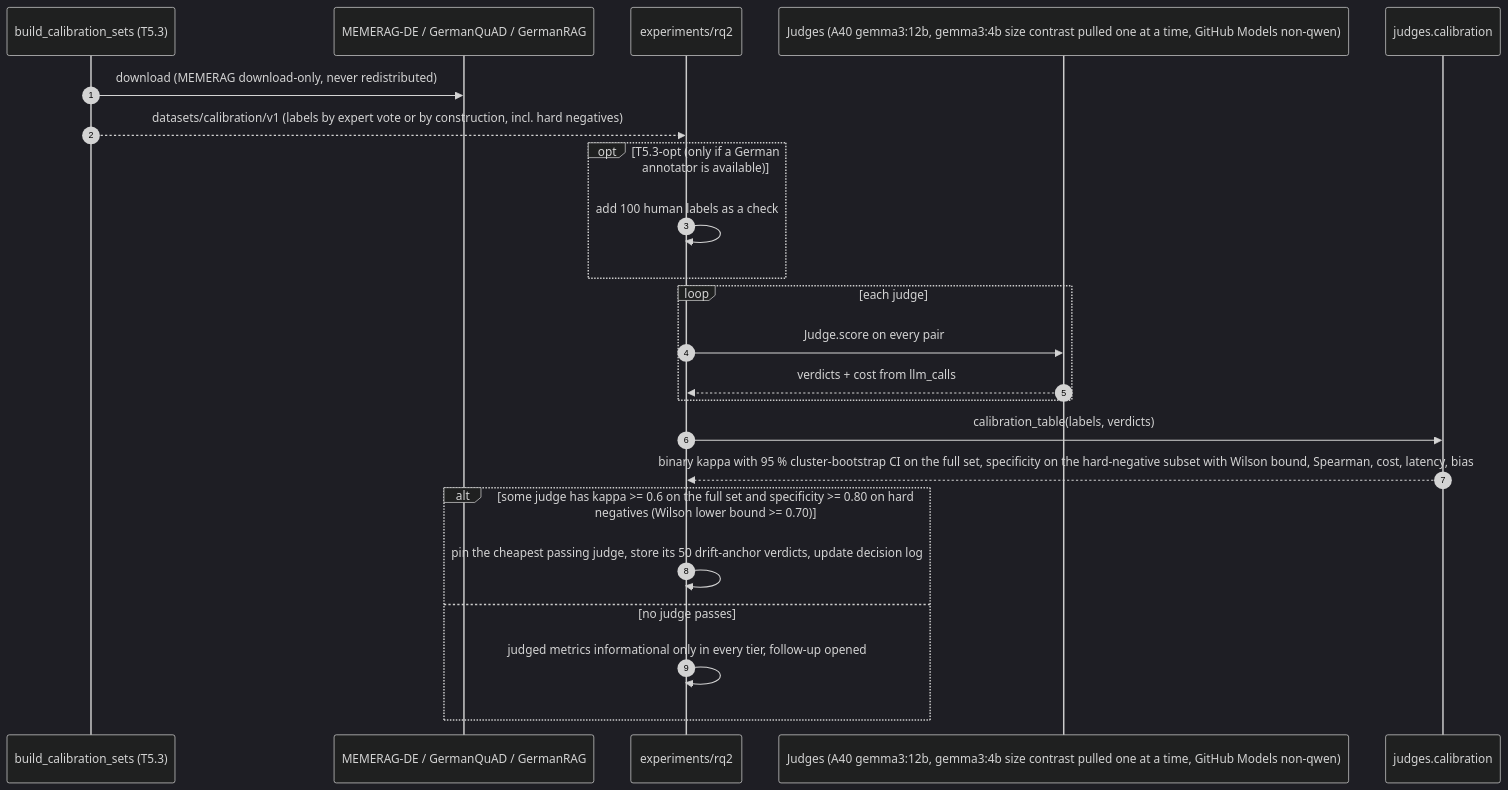
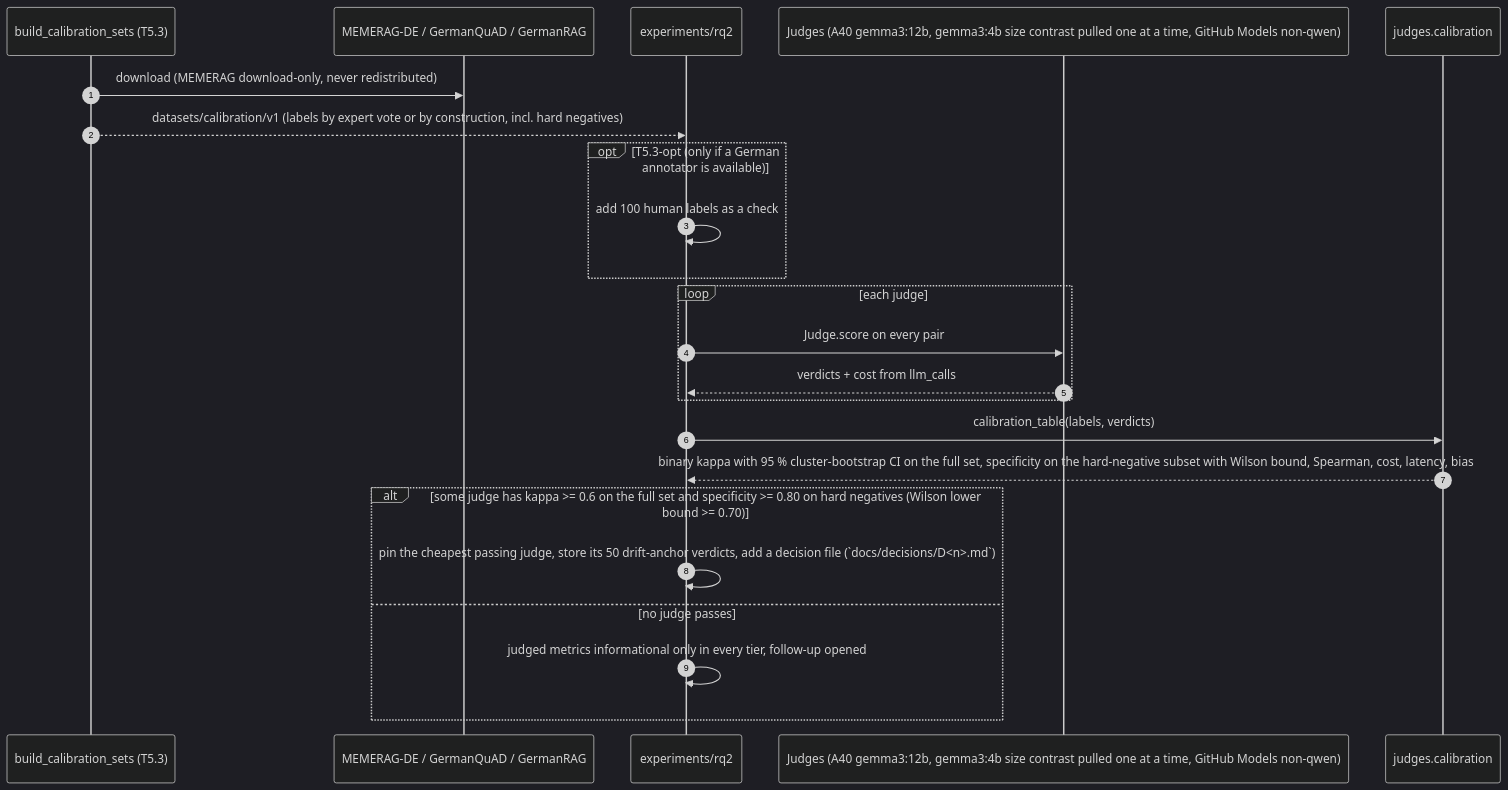
Before and after one commit to dheena18/pruefstand: the seventh of 12 diagrams in docs/architecture/sequences.md, drawn with Mermaid (dark theme). The commit also changed other lines of this file and 12 other files, not shown here.

````diff
--- a/docs/architecture/sequences.md
+++ b/docs/architecture/sequences.md
@@ -358,26 +358,26 @@
 ```mermaid
 sequenceDiagram
     autonumber
     participant BCS as build_calibration_sets (T5.3)
     participant Src as MEMERAG-DE / GermanQuAD / GermanRAG
     participant Exp as experiments/rq2
     participant J as Judges (A40 gemma3:12b, gemma3:4b size contrast pulled one at a time, GitHub Models non-qwen)
     participant Cal as judges.calibration
 
     BCS->>Src: download (MEMERAG download-only, never redistributed)
     BCS-->>Exp: datasets/calibration/v1 (labels by expert vote or by construction, incl. hard negatives)
     opt T5.3-opt (only if a German annotator is available)
         Exp->>Exp: add 100 human labels as a check
     end
     loop each judge
         Exp->>J: Judge.score on every pair
         J-->>Exp: verdicts + cost from llm_calls
     end
     Exp->>Cal: calibration_table(labels, verdicts)
     Cal-->>Exp: binary kappa with 95 % cluster-bootstrap CI on the full set, specificity on the hard-negative subset with Wilson bound, Spearman, cost, latency, bias
     alt some judge has kappa >= 0.6 on the full set and specificity >= 0.80 on hard negatives (Wilson lower bound >= 0.70)
-        Exp->>Exp: pin the cheapest passing judge, store its 50 drift-anchor verdicts, update decision log
+        Exp->>Exp: pin the cheapest passing judge, store its 50 drift-anchor verdicts, add a decision file (`docs/decisions/D<n>.md`)
     else no judge passes
         Exp->>Exp: judged metrics informational only in every tier, follow-up opened
     end
 ```
````
